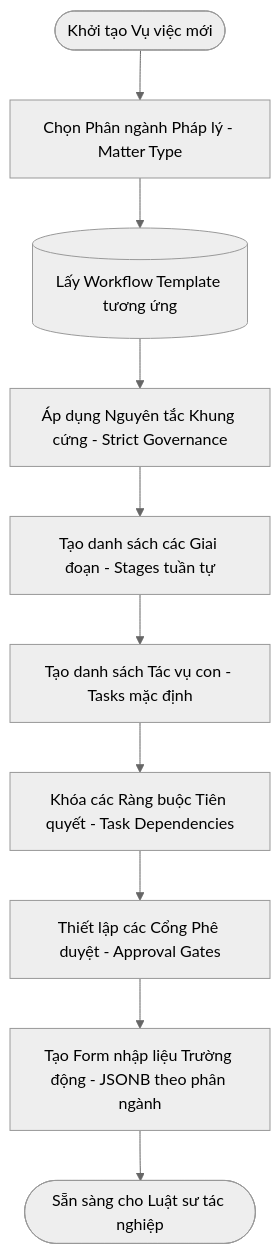
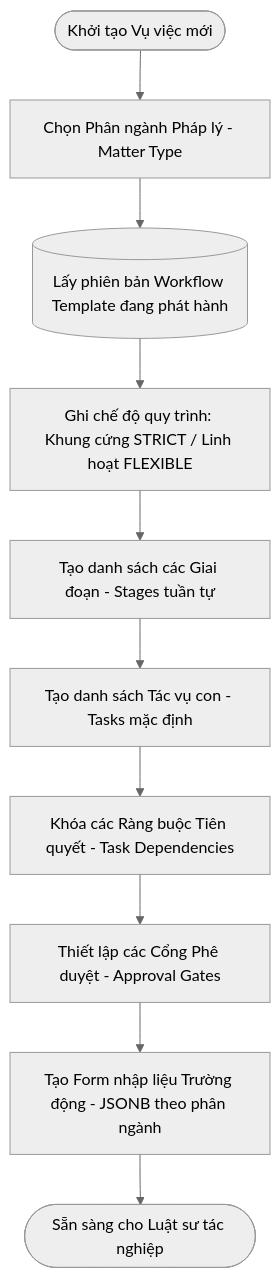
The second of 5 diagrams in docs/04-user-flows.md (namth/asl-erp-v2), drawn with Mermaid (neutral theme) before and after one commit. The commit also changed other lines of this file and 84 other files, not shown here.

````diff
--- a/docs/04-user-flows.md
+++ b/docs/04-user-flows.md
@@ -29,13 +30,13 @@
 ```mermaid
 flowchart TD
     StartCase([Khởi tạo Vụ việc mới]) --> SelectType[Chọn Phân ngành Pháp lý - Matter Type]
-    SelectType --> FetchTemplate[(Lấy Workflow Template tương ứng)]
-    FetchTemplate --> ApplyStrict[Áp dụng Nguyên tắc Khung cứng - Strict Governance]
+    SelectType --> FetchTemplate[(Lấy phiên bản Workflow Template đang phát hành)]
+    FetchTemplate --> ApplyStrict[Ghi chế độ quy trình: Khung cứng STRICT / Linh hoạt FLEXIBLE]
     
     ApplyStrict --> InitStages[Tạo danh sách các Giai đoạn - Stages tuần tự]
     InitStages --> InitTasks[Tạo danh sách Tác vụ con - Tasks mặc định]
     InitTasks --> BindDependencies[Khóa các Ràng buộc Tiên quyết - Task Dependencies]
     BindDependencies --> SetupGates[Thiết lập các Cổng Phê duyệt - Approval Gates]
     SetupGates --> RenderFields[Tạo Form nhập liệu Trường động - JSONB theo phân ngành]
     RenderFields --> ReadyCase([Sẵn sàng cho Luật sư tác nghiệp])
 ```
````
